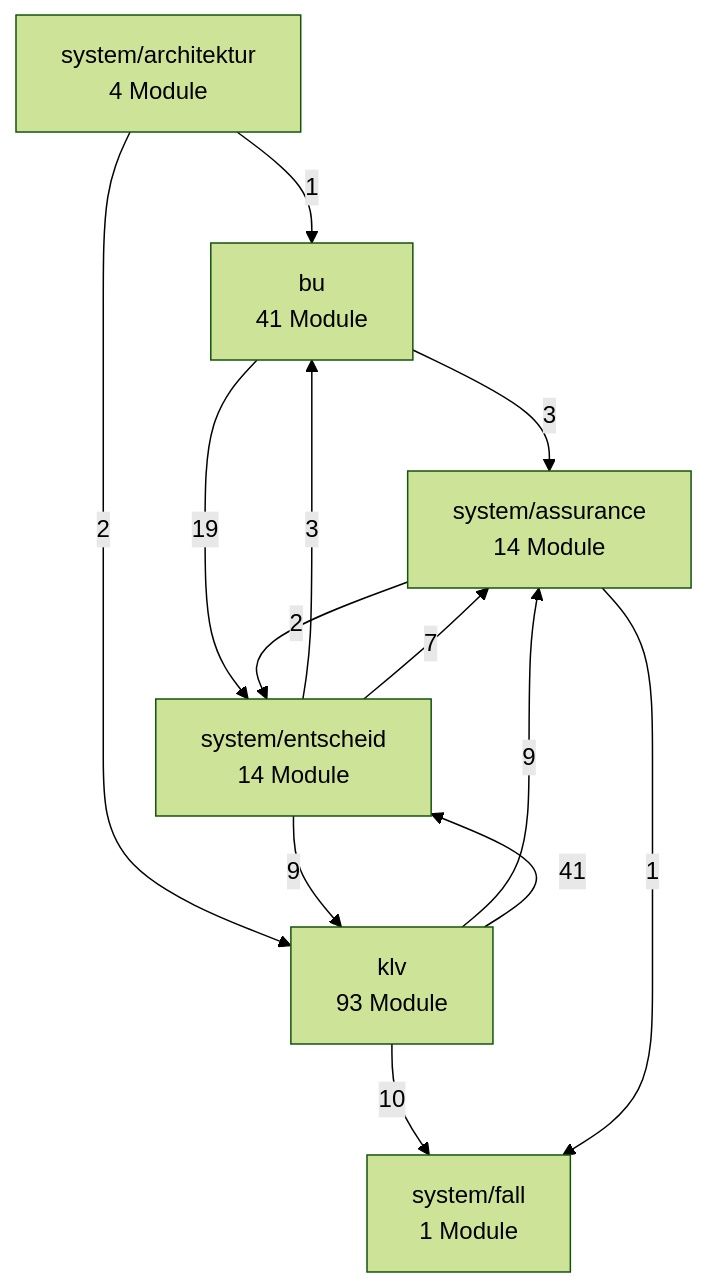
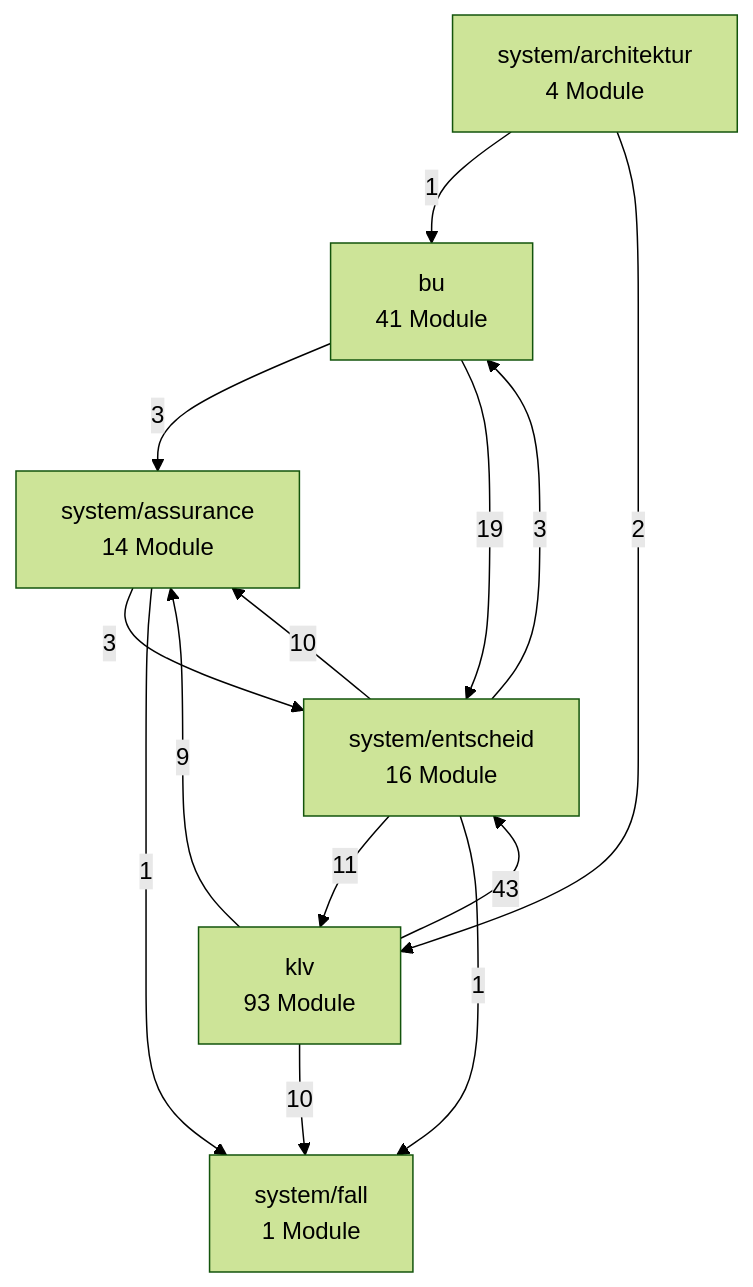
The second of 3 diagrams in docs/architektur/landkarte.md (bartlmac/rechner-pipeline), drawn with Mermaid (forest theme) before and after one commit. The commit also changed other lines of this file and 60 other files, not shown here.

````diff
--- a/docs/architektur/landkarte.md
+++ b/docs/architektur/landkarte.md
@@ -78,22 +78,23 @@
 ```mermaid
 %% Fachknoten — erzeugt von ontologie.landkarte
 flowchart TD
     bu["bu<br/>41 Module"]
     klv["klv<br/>93 Module"]
     system_architektur["system/architektur<br/>4 Module"]
     system_assurance["system/assurance<br/>14 Module"]
-    system_entscheid["system/entscheid<br/>14 Module"]
+    system_entscheid["system/entscheid<br/>16 Module"]
     system_fall["system/fall<br/>1 Module"]
     bu -- 3 --> system_assurance
     bu -- 19 --> system_entscheid
     klv -- 9 --> system_assurance
-    klv -- 41 --> system_entscheid
+    klv -- 43 --> system_entscheid
     klv -- 10 --> system_fall
     system_architektur -- 1 --> bu
     system_architektur -- 2 --> klv
-    system_assurance -- 2 --> system_entscheid
+    system_assurance -- 3 --> system_entscheid
     system_assurance -- 1 --> system_fall
     system_entscheid -- 3 --> bu
-    system_entscheid -- 9 --> klv
-    system_entscheid -- 7 --> system_assurance
+    system_entscheid -- 11 --> klv
+    system_entscheid -- 10 --> system_assurance
+    system_entscheid -- 1 --> system_fall
 ```
````
